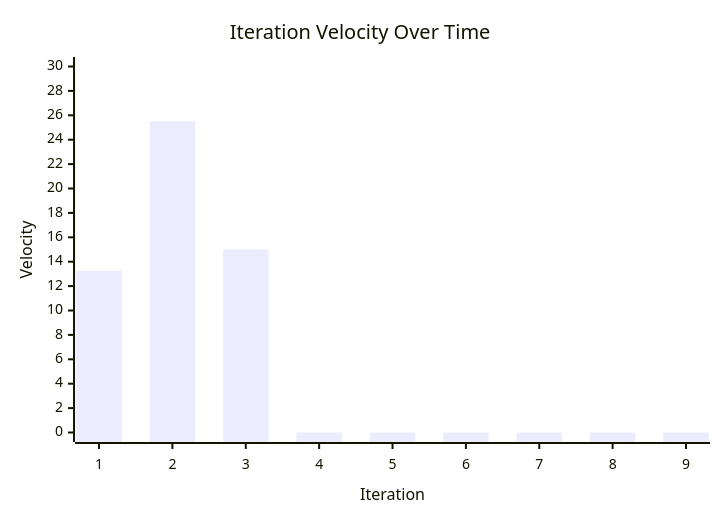
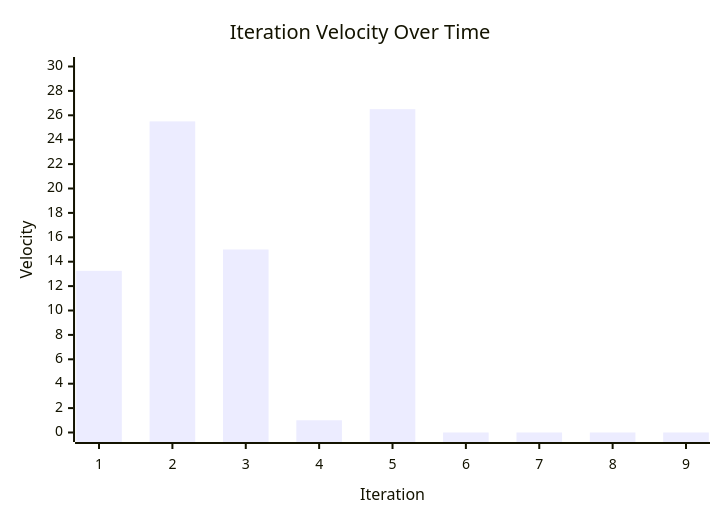
The diagram in IterationStats.md (zappfish/zapp-requirements-tracker), drawn with Mermaid before and after one commit. The commit also changed other lines of this file, not shown here.

````diff
--- a/IterationStats.md
+++ b/IterationStats.md
@@ -50,7 +50,7 @@
 ```mermaid
 xychart-beta
     title "Iteration Velocity Over Time"
     x-axis "Iteration" ["1", "2", "3", "4", "5", "6", "7", "8", "9"]
     y-axis "Velocity" 0 --> 30
-    bar [13.25, 25.5, 15, 0, 0, 0, 0, 0, 0]
+    bar [13.25, 25.5, 15, 1, 26.5, 0, 0, 0, 0]
 ```
````
